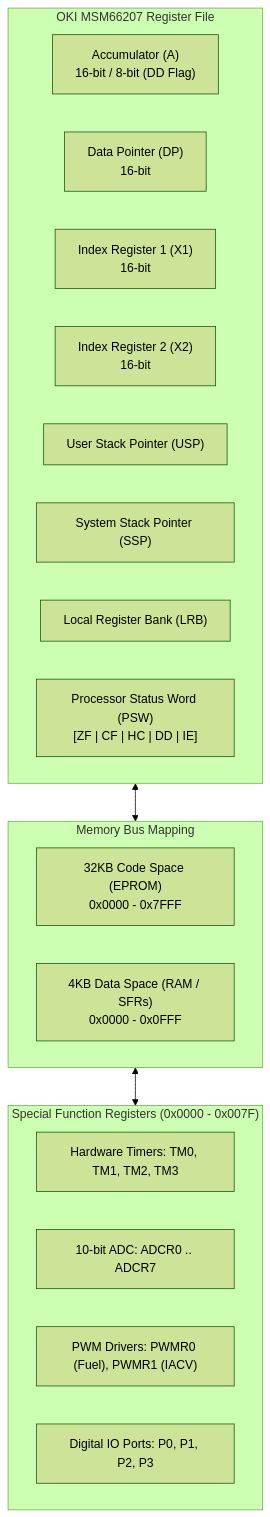
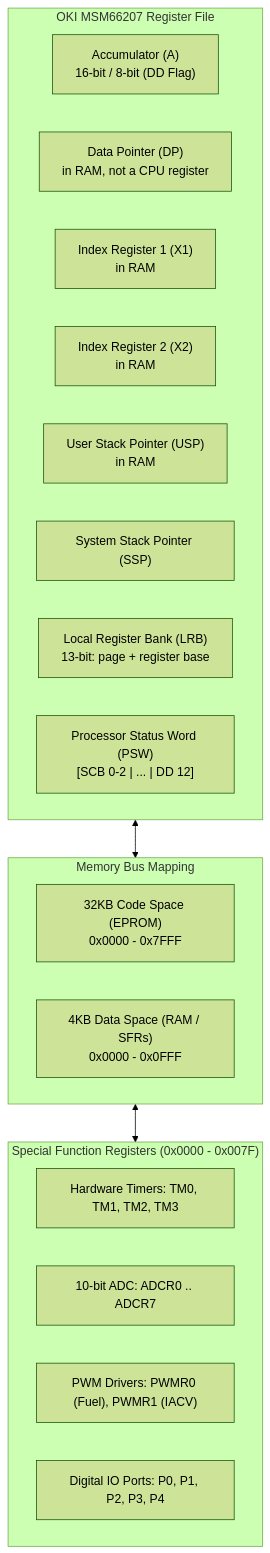
The diagram in docs/P28_ARCHITECTURE.md (VIRUXE/hondaecu-cli), drawn with Mermaid (forest theme) before and after one commit. The commit also changed other lines of this file and 17 other files, not shown here.

````diff
--- a/docs/P28_ARCHITECTURE.md
+++ b/docs/P28_ARCHITECTURE.md
@@ -9,28 +9,28 @@
 ```mermaid
 flowchart TD
     subgraph CPUCore ["OKI MSM66207 Register File"]
         A["Accumulator (A)<br/>16-bit / 8-bit (DD Flag)"]
-        DP["Data Pointer (DP)<br/>16-bit"]
-        X1["Index Register 1 (X1)<br/>16-bit"]
-        X2["Index Register 2 (X2)<br/>16-bit"]
-        USP["User Stack Pointer (USP)"]
+        DP["Data Pointer (DP)<br/>in RAM, not a CPU register"]
+        X1["Index Register 1 (X1)<br/>in RAM"]
+        X2["Index Register 2 (X2)<br/>in RAM"]
+        USP["User Stack Pointer (USP)<br/>in RAM"]
         SSP["System Stack Pointer (SSP)"]
-        LRB["Local Register Bank (LRB)"]
-        PSW["Processor Status Word (PSW)<br/>[ZF | CF | HC | DD | IE]"]
+        LRB["Local Register Bank (LRB)<br/>13-bit: page + register base"]
+        PSW["Processor Status Word (PSW)<br/>[SCB 0-2 | ... | DD 12]"]
     end
 
     subgraph MemorySpace ["Memory Bus Mapping"]
         CodeSpace["32KB Code Space (EPROM)<br/>0x0000 - 0x7FFF"]
         DataSpace["4KB Data Space (RAM / SFRs)<br/>0x0000 - 0x0FFF"]
     end
 
     subgraph SFRs ["Special Function Registers (0x0000 - 0x007F)"]
         Timers["Hardware Timers: TM0, TM1, TM2, TM3"]
         ADC["10-bit ADC: ADCR0 .. ADCR7"]
         PWM["PWM Drivers: PWMR0 (Fuel), PWMR1 (IACV)"]
-        Ports["Digital IO Ports: P0, P1, P2, P3"]
+        Ports["Digital IO Ports: P0, P1, P2, P3, P4"]
     end
 
     CPUCore <--> MemorySpace
     MemorySpace <--> SFRs
 ```
````
